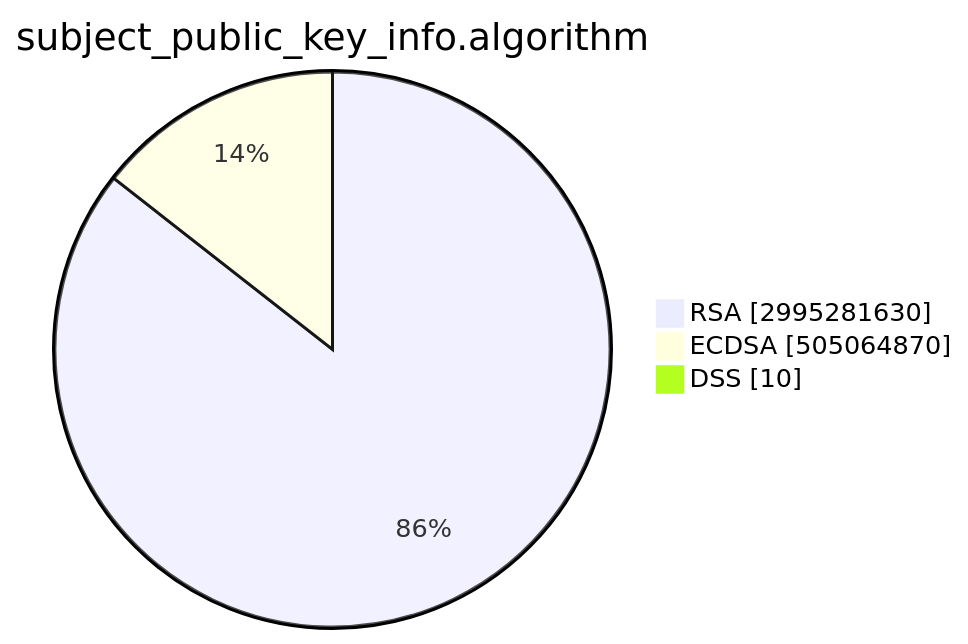
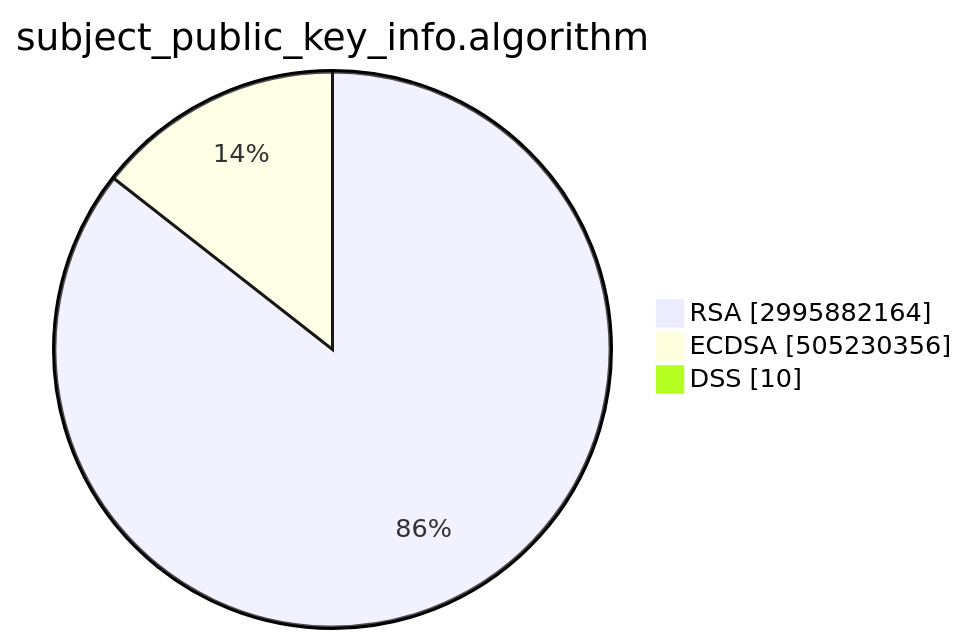
One commit to christiankrug/ctmonitor_visualization changed the second of 15 diagrams in TOTAL/README.md. Above: the diagram before and after it, drawn with Mermaid. The commit also changed other lines of this file, not shown here.

````diff
--- a/TOTAL/README.md
+++ b/TOTAL/README.md
@@ -6,7 +6,7 @@
 ```mermaid
 pie showData
 title subject_public_key_info.algorithm
-"RSA" :2995281630
-"ECDSA" :505064870
+"RSA" :2995882164
+"ECDSA" :505230356
 "DSS" :10
 ```
````
